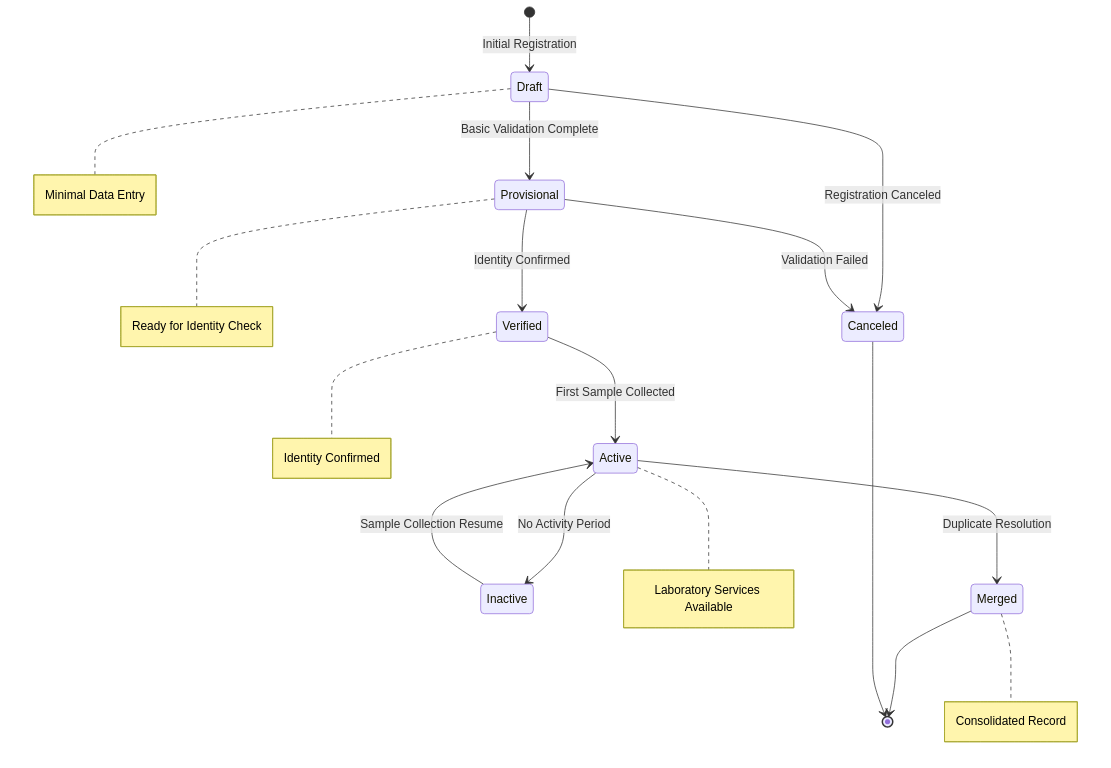
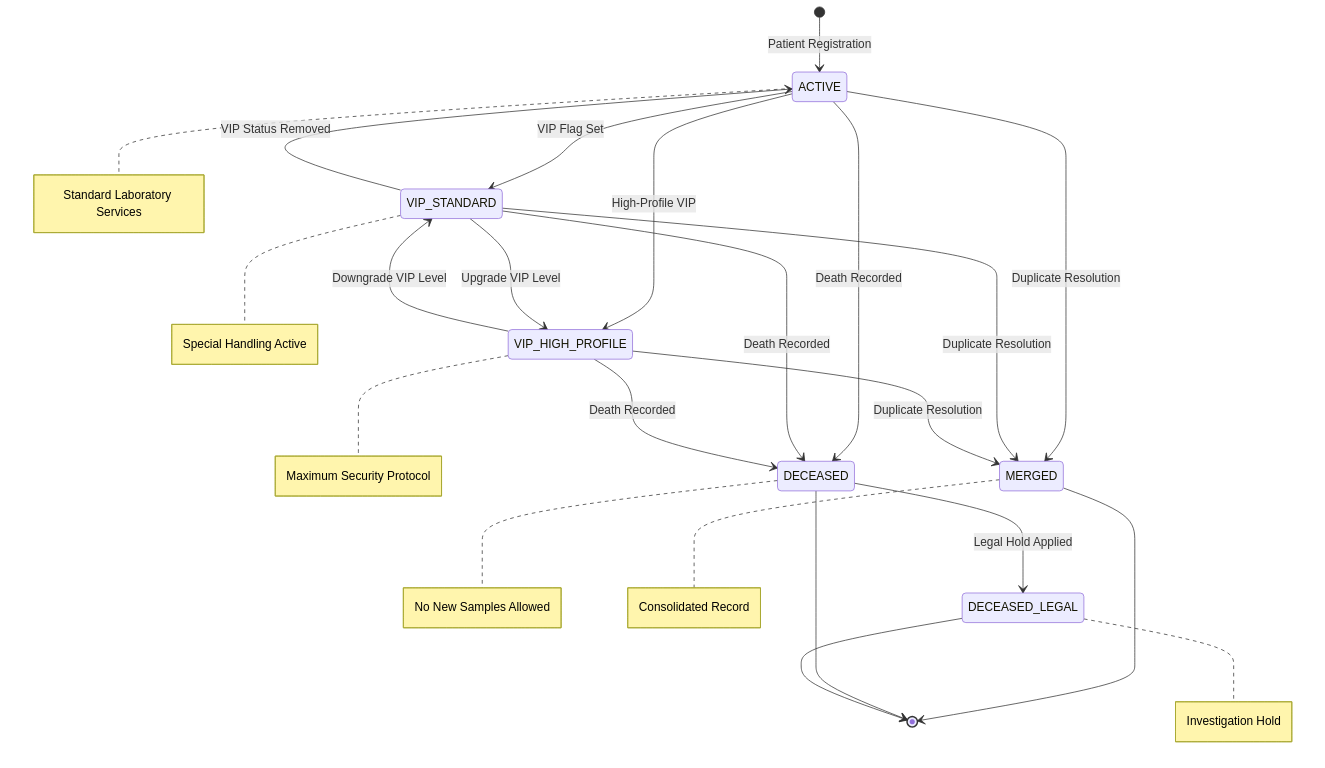
Before and after one commit to mean-machine-gc/openlis-global-code-analysis: the first of 7 diagrams in docs/code-analysis/event-sourcing/04-patient-aggregate-lifecycle.md, drawn with Mermaid. The commit also changed other lines of this file and 9 other files, not shown here.

````diff
--- a/docs/code-analysis/event-sourcing/04-patient-aggregate-lifecycle.md
+++ b/docs/code-analysis/event-sourcing/04-patient-aggregate-lifecycle.md
@@ -32,20 +32,26 @@
 ```mermaid
 stateDiagram-v2
-    [*] --> Draft : Initial Registration
-    Draft --> Provisional : Basic Validation Complete
-    Provisional --> Verified : Identity Confirmed
-    Verified --> Active : First Sample Collected
-    Active --> Inactive : No Activity Period
-    Inactive --> Active : Sample Collection Resume
-    Active --> Merged : Duplicate Resolution
-    Draft --> Canceled : Registration Canceled
-    Provisional --> Canceled : Validation Failed
-    Merged --> [*]
-    Canceled --> [*]
+    [*] --> ACTIVE : Patient Registration
+    ACTIVE --> VIP_STANDARD : VIP Flag Set
+    ACTIVE --> VIP_HIGH_PROFILE : High-Profile VIP
+    VIP_STANDARD --> ACTIVE : VIP Status Removed
+    VIP_HIGH_PROFILE --> VIP_STANDARD : Downgrade VIP Level
+    VIP_STANDARD --> VIP_HIGH_PROFILE : Upgrade VIP Level
+    ACTIVE --> DECEASED : Death Recorded
+    VIP_STANDARD --> DECEASED : Death Recorded
+    VIP_HIGH_PROFILE --> DECEASED : Death Recorded
+    DECEASED --> DECEASED_LEGAL : Legal Hold Applied
+    ACTIVE --> MERGED : Duplicate Resolution
+    VIP_STANDARD --> MERGED : Duplicate Resolution
+    VIP_HIGH_PROFILE --> MERGED : Duplicate Resolution
+    MERGED --> [*]
+    DECEASED --> [*]
+    DECEASED_LEGAL --> [*]
     
-    note right of Draft : Minimal Data Entry
-    note right of Provisional : Ready for Identity Check
-    note right of Verified : Identity Confirmed
-    note right of Active : Laboratory Services Available
-    note right of Merged : Consolidated Record
+    note right of ACTIVE : Standard Laboratory Services
+    note right of VIP_STANDARD : Special Handling Active
+    note right of VIP_HIGH_PROFILE : Maximum Security Protocol
+    note right of DECEASED : No New Samples Allowed
+    note right of DECEASED_LEGAL : Investigation Hold
+    note right of MERGED : Consolidated Record
 ```
````
